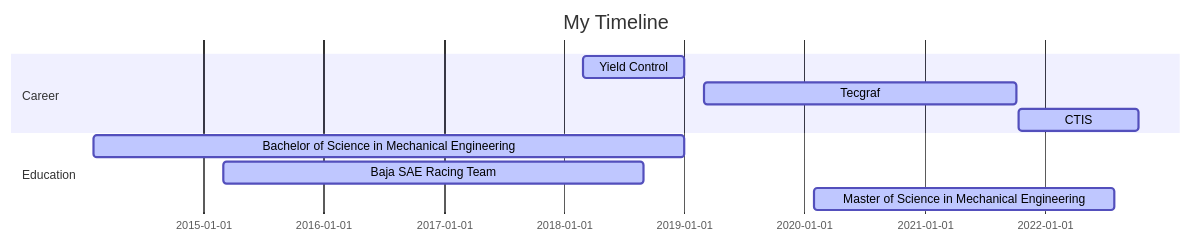
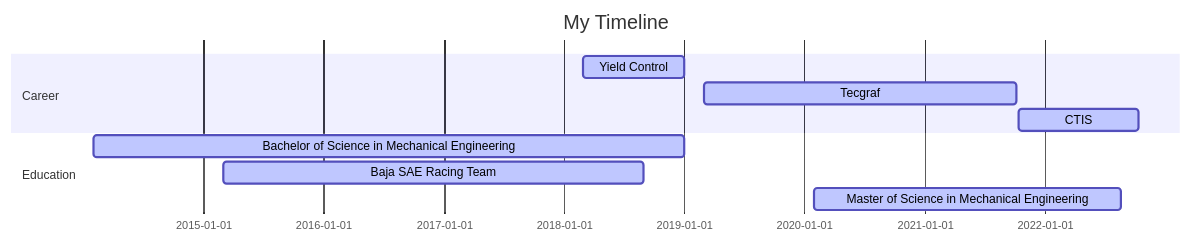
Before and after one commit to matheus-hoffmann/matheus-hoffmann: the diagram in README.md, drawn with Mermaid.

````diff
--- a/README.md
+++ b/README.md
@@ -14,13 +14,13 @@
 ```mermaid
 gantt
 dateFormat  YYYY-MM-DD
 title My Timeline
 section Career
 Yield Control :active,, 2018-03-01,2018-12-31
 Tecgraf       :active,, 2019-03-01,2021-10-08
 CTIS          :active,, 2021-10-13,2022-10-13
 section Education
 Bachelor of Science in Mechanical Engineering :active,, 2014-02-01,2018-12-31
 Baja SAE Racing Team :active,, 2015-03-01,2018-09-01
-Master of Science in Mechanical Engineering :active,, 2020-02-01,2022-07-31
+Master of Science in Mechanical Engineering :active,, 2020-02-01,2022-08-19
 ```
````
